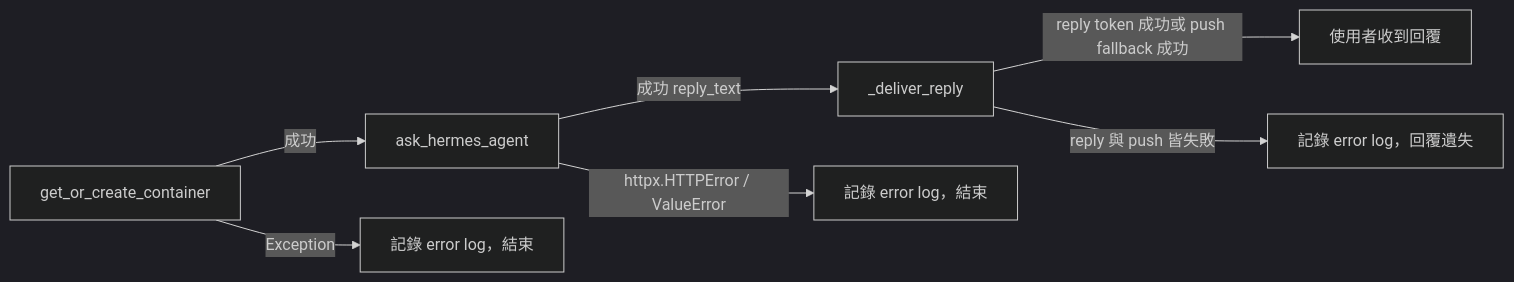
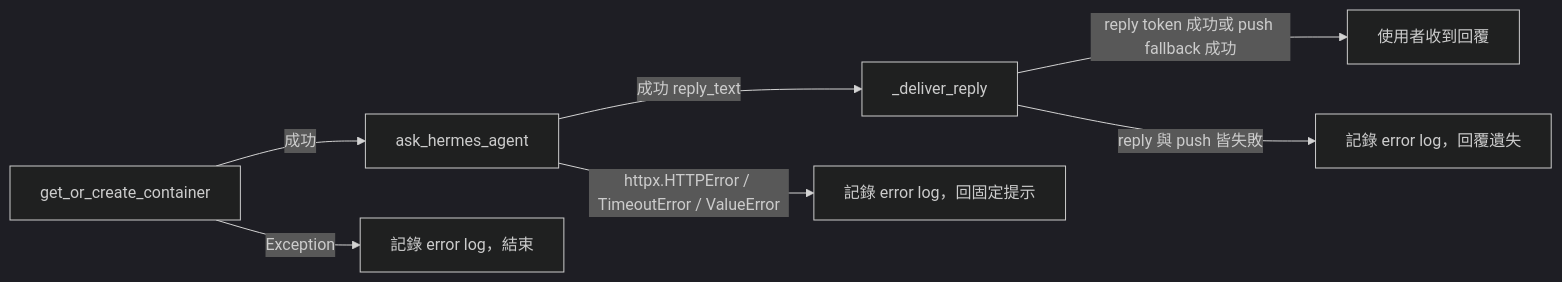
The second of 5 diagrams in docs/line-hermes-message-flow.md (marychouchou/alice-office), drawn with Mermaid (dark theme) before and after one commit. The commit also changed other lines of this file and 9 other files, not shown here.

````diff
--- a/docs/line-hermes-message-flow.md
+++ b/docs/line-hermes-message-flow.md
@@ -123,9 +123,9 @@
 ```mermaid
 flowchart LR
     S1[get_or_create_container] -->|成功| S2[ask_hermes_agent]
     S1 -->|Exception| X1[記錄 error log，結束]
     S2 -->|成功 reply_text| S3["_deliver_reply"]
-    S2 -->|httpx.HTTPError / ValueError| X2[記錄 error log，結束]
+    S2 -->|httpx.HTTPError / TimeoutError / ValueError| X2[記錄 error log，回固定提示]
     S3 -->|reply token 成功或 push fallback 成功| Done[使用者收到回覆]
     S3 -->|reply 與 push 皆失敗| X3[記錄 error log，回覆遺失]
 ```
````
